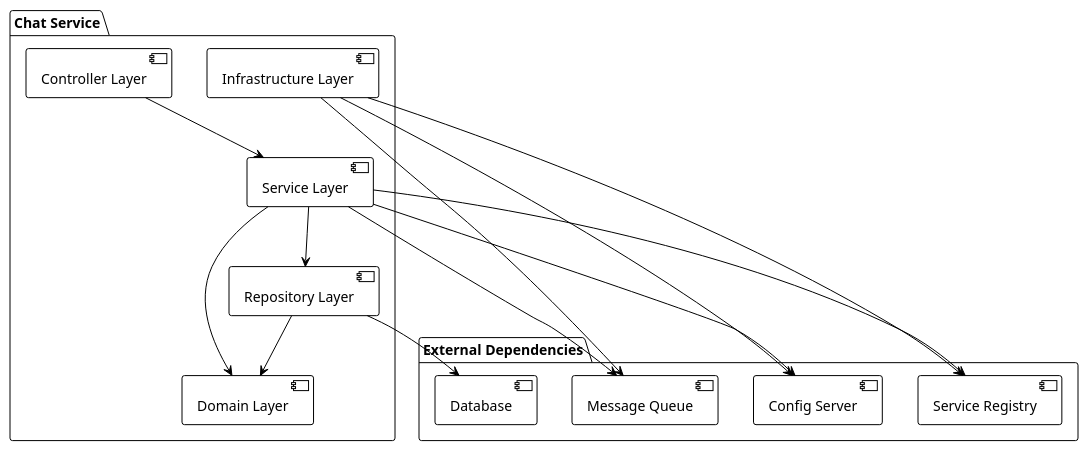
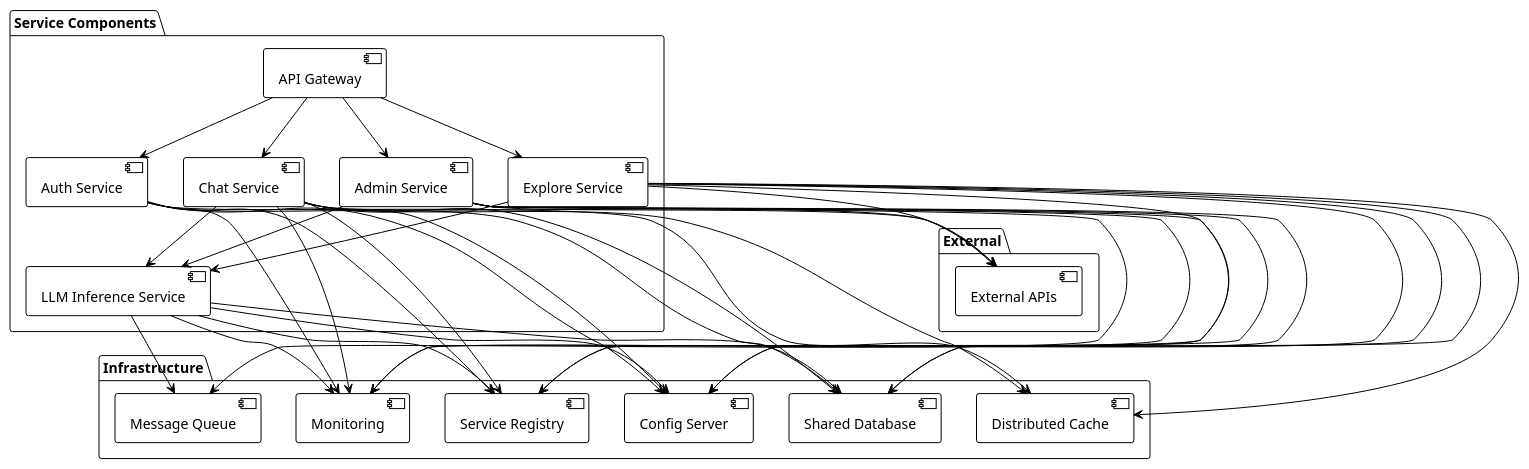
The diagram in Diagrams/ComponentDiagramStructure.puml (ollamaNet/OllamaNet-Architecture), drawn with PlantUML before and after one commit. The commit also changed 8 other files, not shown here.

Commit message:
updated memory banck and diagrams

```diff
--- a/Diagrams/ComponentDiagramStructure.puml
+++ b/Diagrams/ComponentDiagramStructure.puml
@@ -1,32 +1,72 @@
 @startuml
 !theme plain
 skinparam componentStyle uml2
 
-package "Chat Service" {
-    [Controller Layer] as controller
-    [Service Layer] as service
-    [Repository Layer] as repo
-    [Domain Layer] as domain
-    [Infrastructure Layer] as infra
+package "Service Components" {
+    [API Gateway] as gateway
+    [Auth Service] as auth
+    [Chat Service] as chat
+    [Explore Service] as explore
+    [Admin Service] as admin
+    [LLM Inference Service] as llm
 }
 
-package "External Dependencies" {
+package "Infrastructure" {
     [Message Queue] as mq
     [Service Registry] as registry
     [Config Server] as config
-    [Database] as db
+    [Shared Database] as db
+    [Distributed Cache] as cache
+    [Monitoring] as monitor
 }
 
-controller --> service
-service --> repo
-service --> domain
-repo --> domain
-repo --> db
-service --> mq
-service --> registry
-service --> config
-infra --> mq
-infra --> registry
-infra --> config
+package "External" {
+    [External APIs] as external
+}
+
+' Service Dependencies
+gateway --> auth
+gateway --> chat
+gateway --> explore
+gateway --> admin
+
+' Infrastructure Dependencies
+auth --> registry
+auth --> config
+auth --> db
+auth --> cache
+auth --> monitor
+
+chat --> registry
+chat --> config
+chat --> db
+chat --> cache
+chat --> monitor
+chat --> llm
+
+explore --> registry
+explore --> config
+explore --> db
+explore --> cache
+explore --> monitor
+explore --> llm
+
+admin --> registry
+admin --> config
+admin --> db
+admin --> monitor
+admin --> mq
+admin --> llm
+
+llm --> registry
+llm --> config
+llm --> db
+llm --> monitor
+llm --> mq
+
+' External Dependencies
+chat --> external
+explore --> external
+admin --> external
 
 @enduml
```
